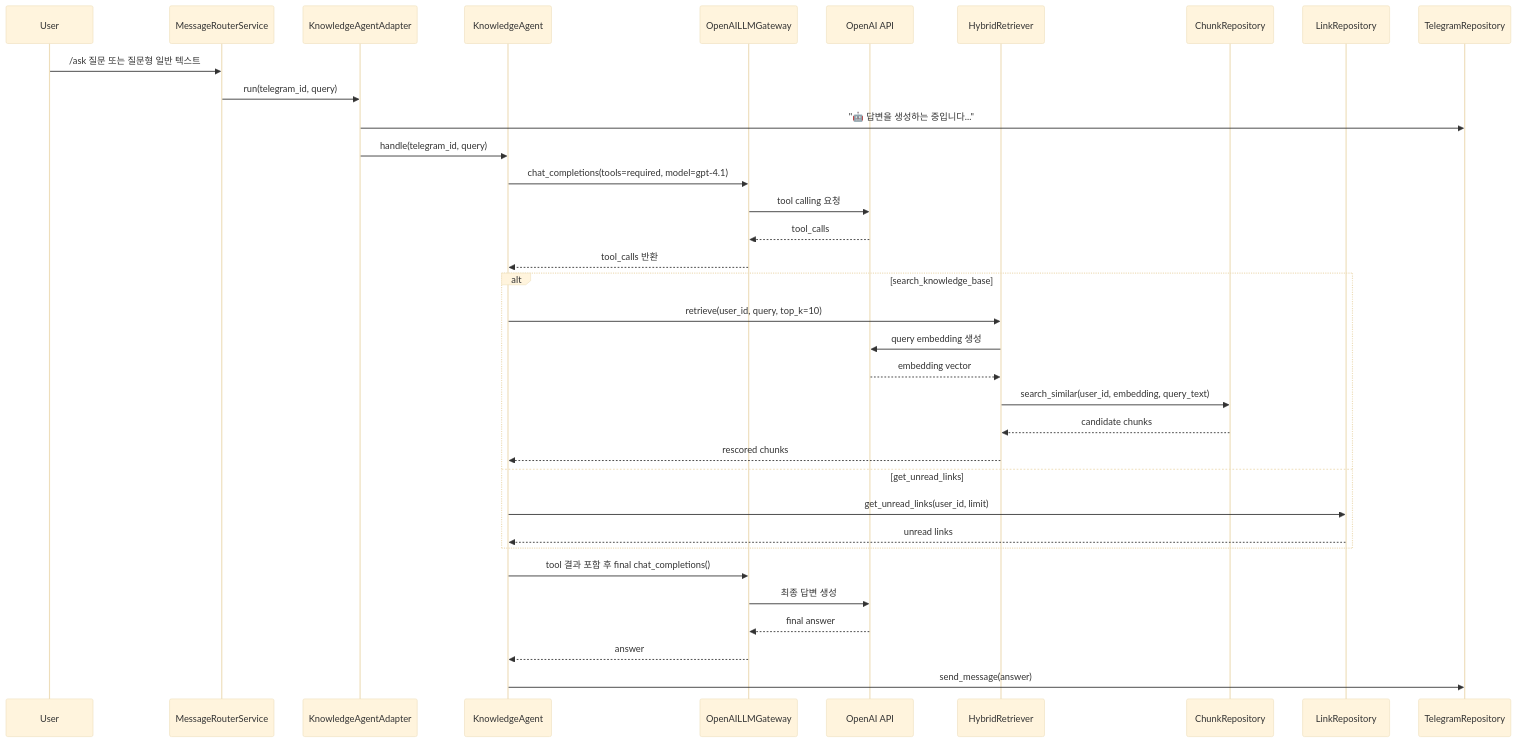
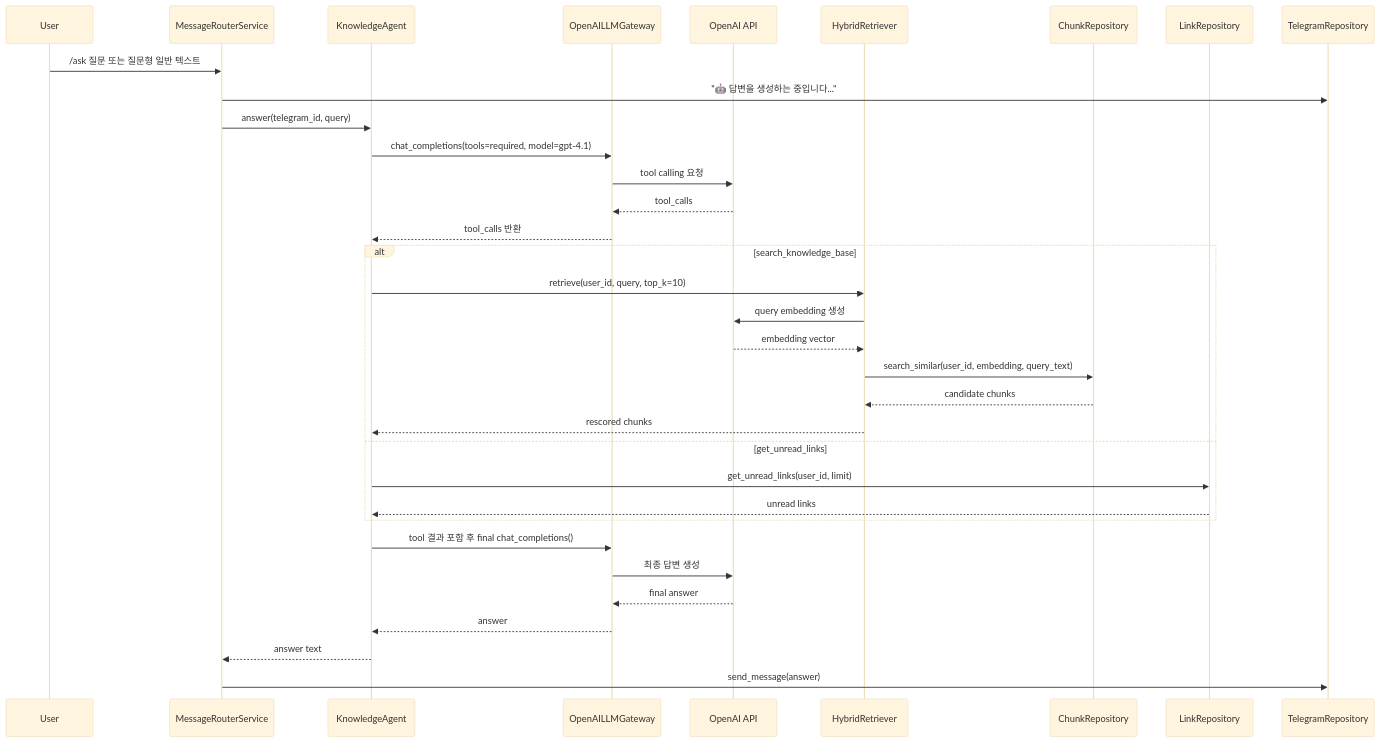
The second of 5 diagrams in docs/current-architecture-mermaid.md (chanubc/LinkdBot-RAG), drawn with Mermaid (base theme) before and after one commit. The commit also changed other lines of this file and 5 other files, not shown here.

````diff
--- a/docs/current-architecture-mermaid.md
+++ b/docs/current-architecture-mermaid.md
@@ -77,41 +78,40 @@
 ```mermaid
 sequenceDiagram
     participant U as User
     participant MR as MessageRouterService
-    participant KAAD as KnowledgeAgentAdapter
     participant KA as KnowledgeAgent
     participant LLM as OpenAILLMGateway
     participant OAI as OpenAI API
     participant RET as HybridRetriever
     participant CR as ChunkRepository
     participant LR as LinkRepository
     participant TG as TelegramRepository
 
     U->>MR: /ask 질문 또는 질문형 일반 텍스트
-    MR->>KAAD: run(telegram_id, query)
-    KAAD->>TG: "🤖 답변을 생성하는 중입니다..."
-    KAAD->>KA: handle(telegram_id, query)
+    MR->>TG: "🤖 답변을 생성하는 중입니다..."
+    MR->>KA: answer(telegram_id, query)
 
     KA->>LLM: chat_completions(tools=required, model=gpt-4.1)
     LLM->>OAI: tool calling 요청
     OAI-->>LLM: tool_calls
     LLM-->>KA: tool_calls 반환
 
     alt search_knowledge_base
         KA->>RET: retrieve(user_id, query, top_k=10)
         RET->>OAI: query embedding 생성
         OAI-->>RET: embedding vector
         RET->>CR: search_similar(user_id, embedding, query_text)
         CR-->>RET: candidate chunks
         RET-->>KA: rescored chunks
     else get_unread_links
         KA->>LR: get_unread_links(user_id, limit)
         LR-->>KA: unread links
     end
 
     KA->>LLM: tool 결과 포함 후 final chat_completions()
     LLM->>OAI: 최종 답변 생성
     OAI-->>LLM: final answer
     LLM-->>KA: answer
-    KA->>TG: send_message(answer)
+    KA-->>MR: answer text
+    MR->>TG: send_message(answer)
 ```
````
